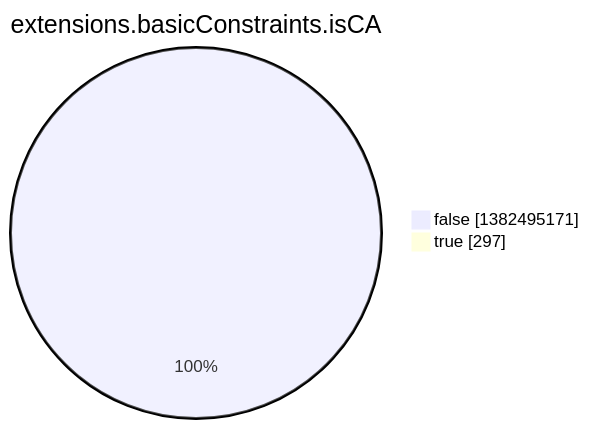
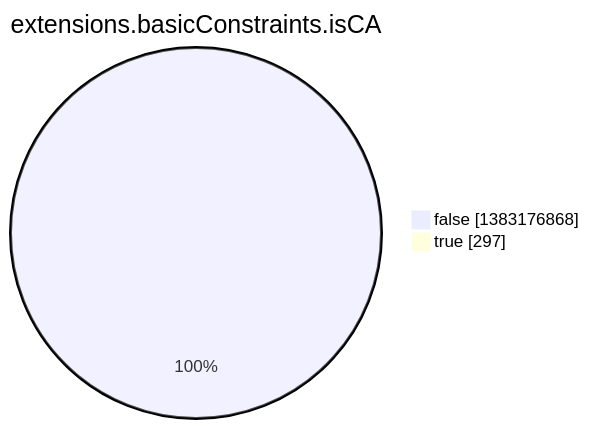
The eighth of 15 diagrams in argon2022/README.md (christiankrug/ctmonitor_visualization), drawn with Mermaid before and after one commit. The commit also changed other lines of this file, not shown here.

````diff
--- a/argon2022/README.md
+++ b/argon2022/README.md
@@ -2759,6 +2759,6 @@
 ```mermaid
 pie showData
 title extensions.basicConstraints.isCA
-"false" :1382495171
+"false" :1383176868
 "true" :297
 ```
````
